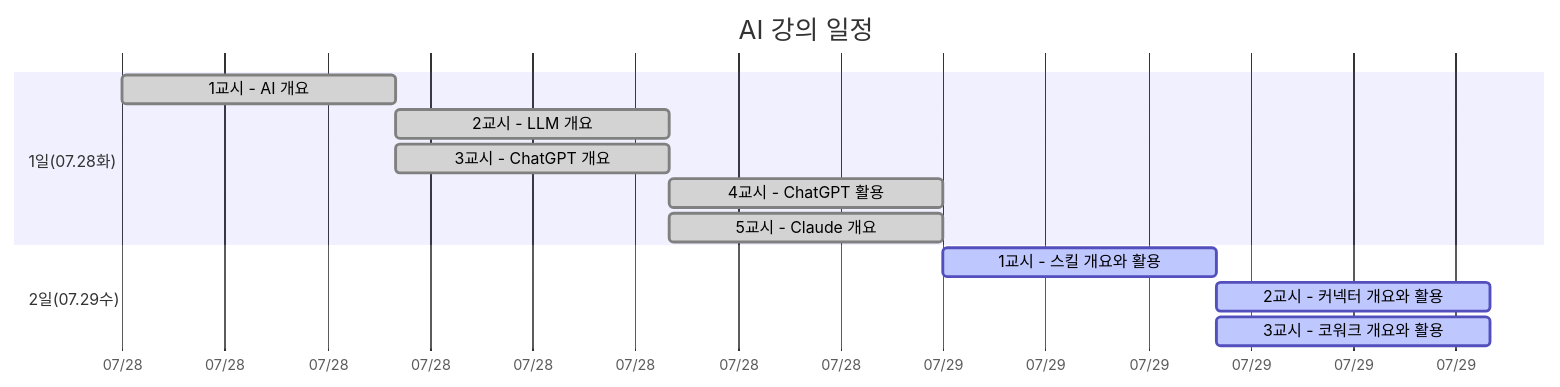
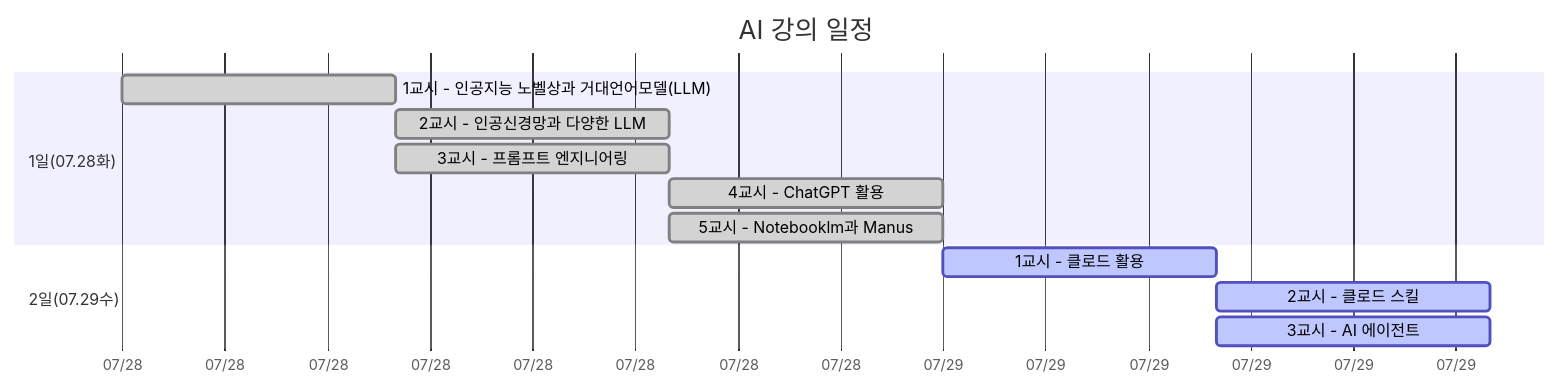
The diagram in README.md (soobook/2026-LLM), drawn with Mermaid before and after one commit. The commit also changed other lines of this file, not shown here.

````diff
--- a/README.md
+++ b/README.md
@@ -21,18 +21,18 @@
 ```mermaid
 gantt
     title AI 강의 일정
     dateFormat YYYY-MM-DD
     axisFormat %m/%d
 
     section 1일(07.28화)
-    1교시 - AI 개요                      :done, a1, 2026-07-28, 8h
-    2교시 - LLM 개요                     :done, a2, after a1, 8h
-    3교시 - ChatGPT 개요                 :done, a3, after a1, 8h
+    1교시 - 인공지능 노벨상과 거대언어모델(LLM) :done, a1, 2026-07-28, 8h
+    2교시 - 인공신경망과 다양한 LLM :done, a2, after a1, 8h
+    3교시 - 프롬프트 엔지니어링           :done, a3, after a1, 8h
     4교시 - ChatGPT 활용                 :done, a4, after a2, 8h
-    5교시 - Claude 개요                  :done, a5, after a2, 8h
+    5교시 - Notebooklm과 Manus           :done, a5, after a2, 8h
 
     section 2일(07.29수)
-    1교시 - 스킬 개요와 활용             :active, b1, 2026-07-29, 8h
-    2교시 - 커넥터 개요와 활용           :active, b2, after b1, 8h
-    3교시 - 코워크 개요와 활용           :active, b3, after b1, 8h
+    1교시 - 클로드 활용           :active, b1, 2026-07-29, 8h
+    2교시 - 클로드 스킬           :active, b2, after b1, 8h
+    3교시 - AI 에이전트           :active, b3, after b1, 8h
 ```
````
